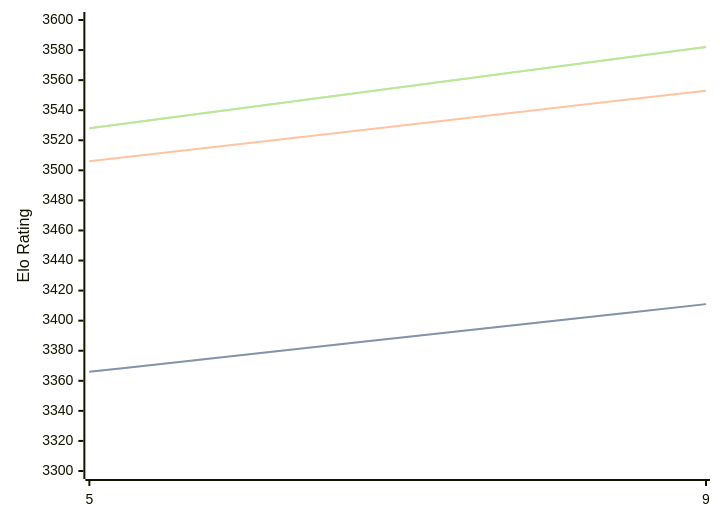
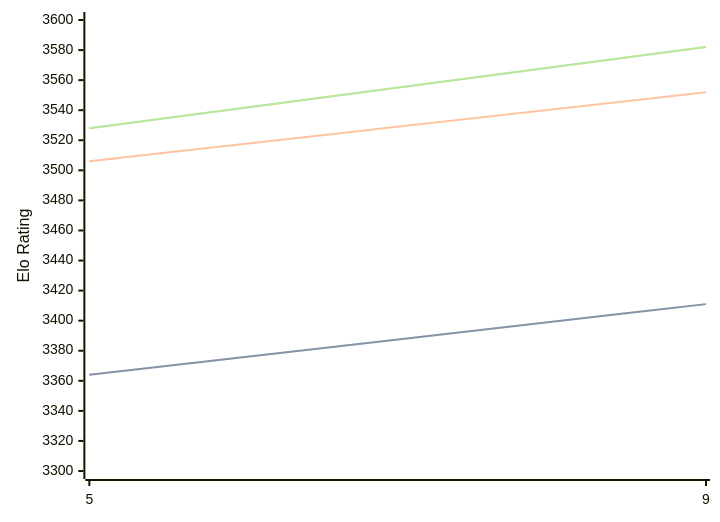
Before and after one commit to computer-chess-index/cci: the third of 3 diagrams in engines/Crystal.md, drawn with Mermaid. The commit also changed other lines of this file, not shown here.

````diff
--- a/engines/Crystal.md
+++ b/engines/Crystal.md
@@ -93,11 +93,11 @@
 ```mermaid
 %%{init: {"theme":"base","themeVariables":{"seriesColors:['#a3a3a3','#222221','#faa371']}}}%%
 xychart-beta
   x-axis ["5", "9"]
   y-axis "Elo Rating" 3300 --> 3600
-  line "STC (8.0+0.08s)" [3366, 3411]
-  line "STC (8.0+0.08s)" [3366, 3411]
-  line "LTC (60.0+0.60s)" [3506, 3553]
+  line "STC (8.0+0.08s)" [3364, 3411]
+  line "STC (8.0+0.08s)" [3364, 3411]
+  line "LTC (60.0+0.60s)" [3506, 3552]
   line "VLTC (2m24s+1.12s)" [3528, 3582]
   line "VLTC (2m24s+1.12s)" [3528, 3582]
 ```
````
